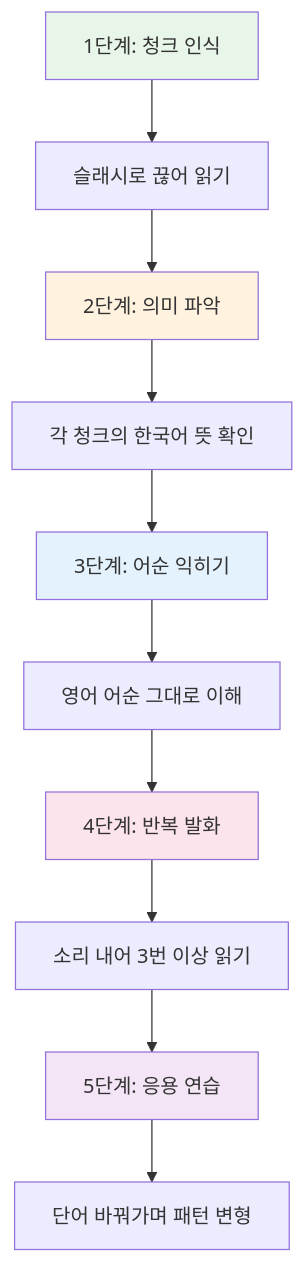
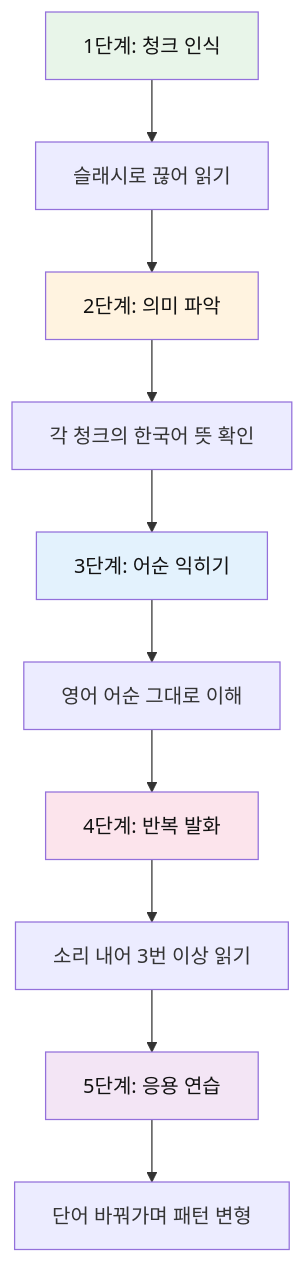
Diagram 12 of 13 in 영어_일상_회화/전설의_2_초등_회화_150패턴.md (Collegenie-X/AI-English), drawn with Mermaid before and after one commit. The commit also changed other lines of this file and 26 other files, not shown here.

````diff
--- a/영어_일상_회화/전설의_2_초등_회화_150패턴.md
+++ b/영어_일상_회화/전설의_2_초등_회화_150패턴.md
@@ -775,18 +907,18 @@
 ```mermaid
 flowchart TB
     A[1단계: 청크 인식] --> B[슬래시로 끊어 읽기]
     B --> C[2단계: 의미 파악]
     C --> D[각 청크의 한국어 뜻 확인]
     D --> E[3단계: 어순 익히기]
     E --> F[영어 어순 그대로 이해]
     F --> G[4단계: 반복 발화]
     G --> H[소리 내어 3번 이상 읽기]
     H --> I[5단계: 응용 연습]
     I --> J[단어 바꿔가며 패턴 변형]
     
-    style A fill:#e8f5e9
-    style C fill:#fff3e0
-    style E fill:#e3f2fd
-    style G fill:#fce4ec
-    style I fill:#f3e5f5
+    style A fill:#e8f5e9,color:#111
+    style C fill:#fff3e0,color:#111
+    style E fill:#e3f2fd,color:#111
+    style G fill:#fce4ec,color:#111
+    style I fill:#f3e5f5,color:#111
 ```
````
